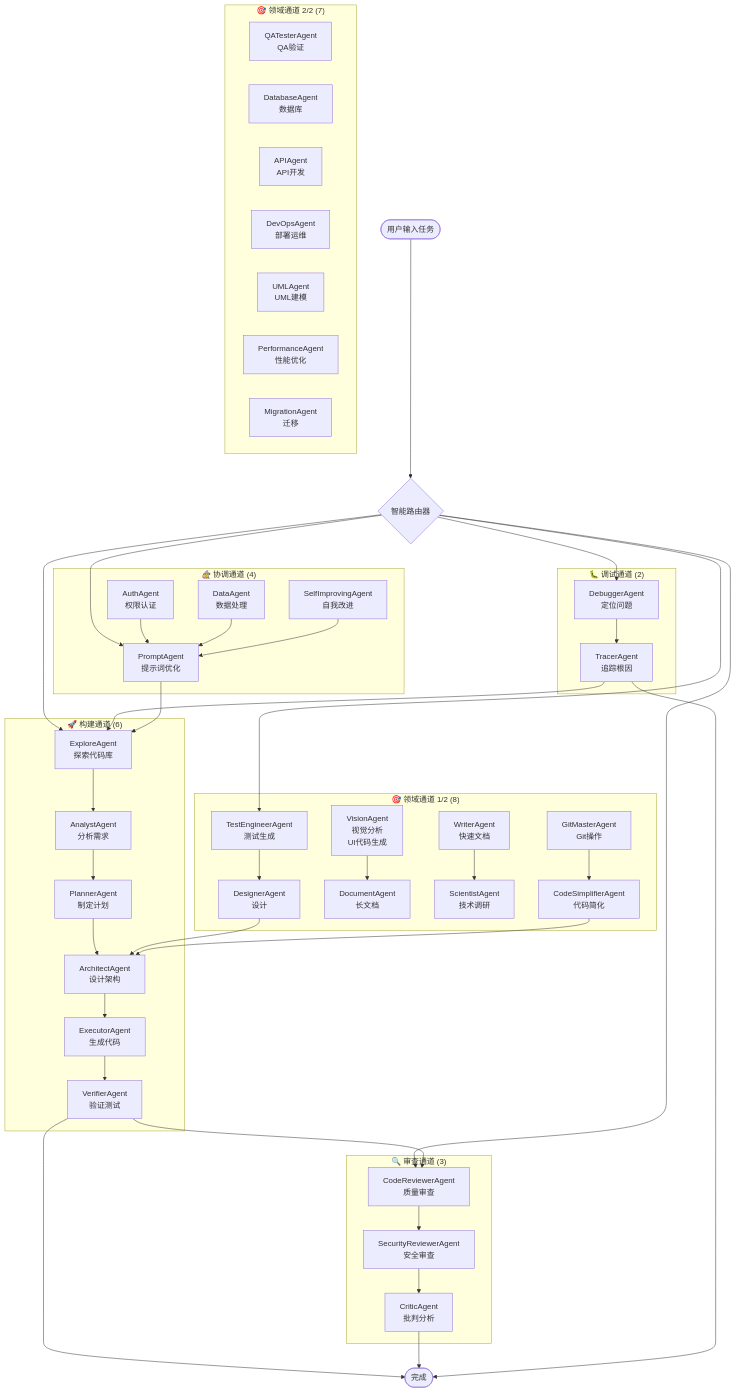
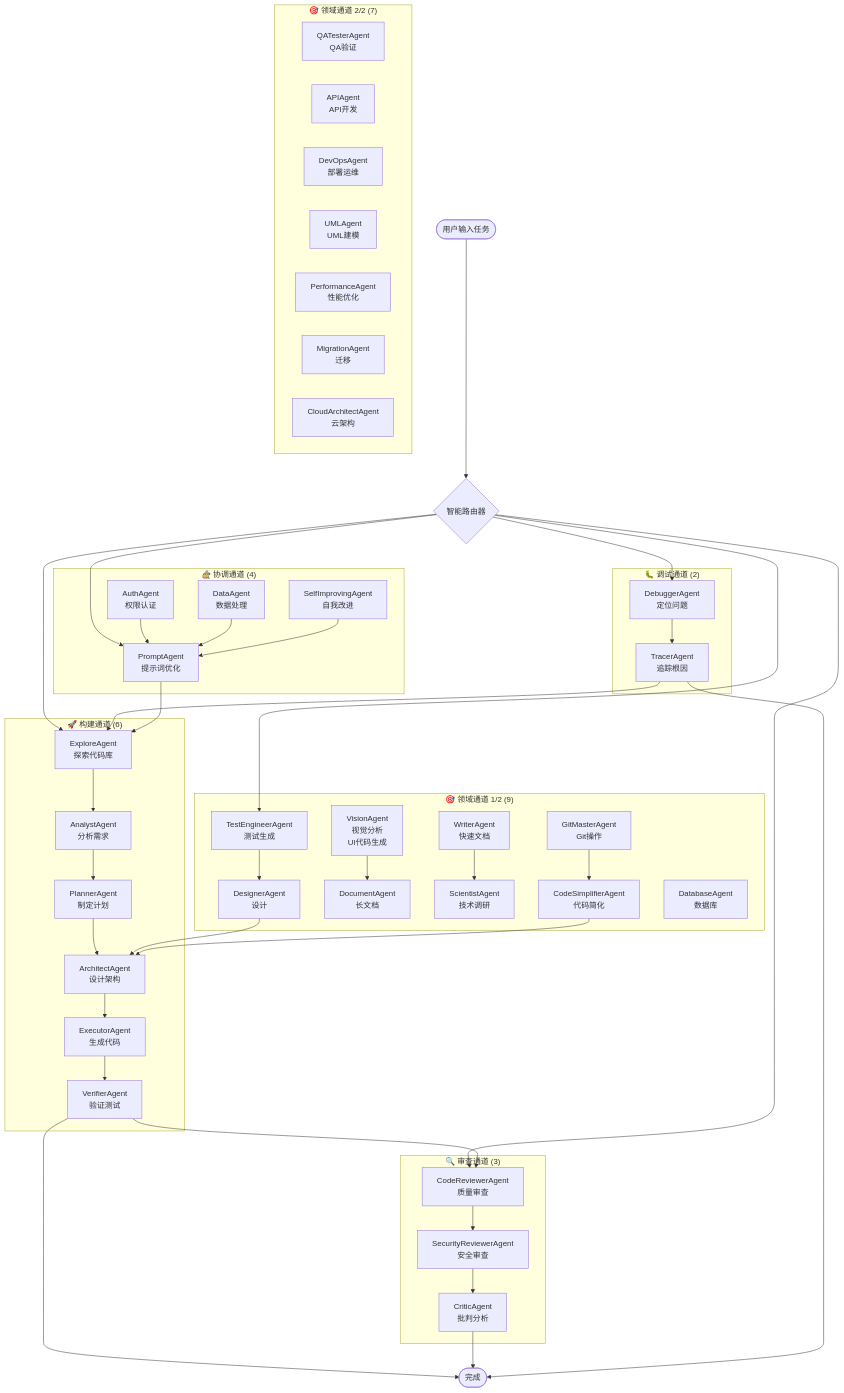
The diagram in README.md (VOBC/oh-my-coder), drawn with Mermaid before and after one commit. The commit also changed other lines of this file and 13 other files, not shown here.

```diff
--- a/README.md
+++ b/README.md
@@ -494,7 +527,7 @@
         TR[TracerAgent<br/>追踪根因]
     end
 
-    subgraph Domain1["🎯 领域通道 1/2 (8)"]
+    subgraph Domain1["🎯 领域通道 1/2 (9)"]
         TE[TestEngineerAgent<br/>测试生成]
         DS[DesignerAgent<br/>设计]
         VI[VisionAgent<br/>视觉分析<br/>UI代码生成]
@@ -503,16 +536,17 @@
         SC[ScientistAgent<br/>技术调研]
         GM[GitMasterAgent<br/>Git操作]
         CS[CodeSimplifierAgent<br/>代码简化]
+        DB2[DatabaseAgent<br/>数据库]
     end
 
     subgraph Domain2["🎯 领域通道 2/2 (7)"]
         QA[QATesterAgent<br/>QA验证]
-        DB2[DatabaseAgent<br/>数据库]
         API[APIAgent<br/>API开发]
         DO[DevOpsAgent<br/>部署运维]
         UML[UMLAgent<br/>UML建模]
         PF[PerformanceAgent<br/>性能优化]
         MG[MigrationAgent<br/>迁移]
+        CL[CloudArchitectAgent<br/>云架构]
     end
 
     subgraph Wizard["🧙 协调通道 (4)"]
```
